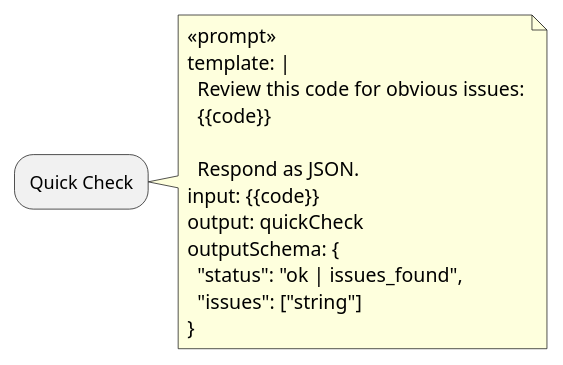
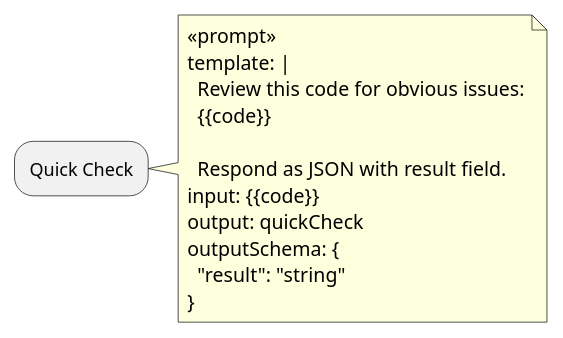
One commit to JuanToanXoup/copilot-api-minimal changed the fourth of 12 diagrams in docs/plantuml-workflow-schema.md. Above: the diagram before and after it, drawn with PlantUML. The commit also changed other lines of this file, not shown here.

Commit message:
Simplify outputSchema examples to match prompt output
https://claude.ai/code/session_01HiTM4UGnygzjXb2dBRDg3D

````diff
--- a/docs/plantuml-workflow-schema.md
+++ b/docs/plantuml-workflow-schema.md
@@ -131,17 +129,16 @@
 ```plantuml
 :Quick Check;
 note right
   <<prompt>>
   template: |
     Review this code for obvious issues:
     {{code}}
 
-    Respond as JSON.
+    Respond as JSON with result field.
   input: {{code}}
   output: quickCheck
   outputSchema: {
-    "status": "ok | issues_found",
-    "issues": ["string"]
+    "result": "string"
   }
 end note
 ```
````
